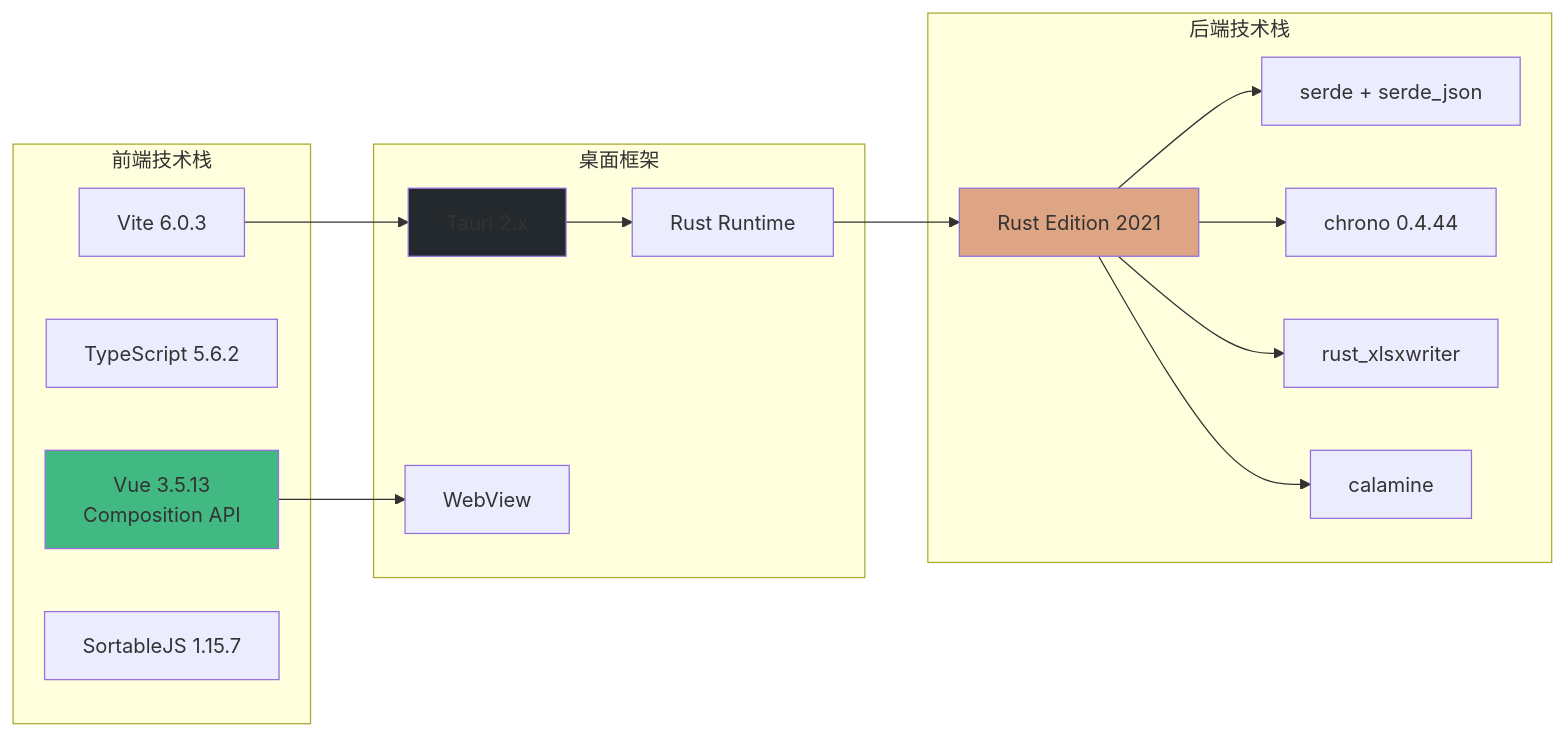
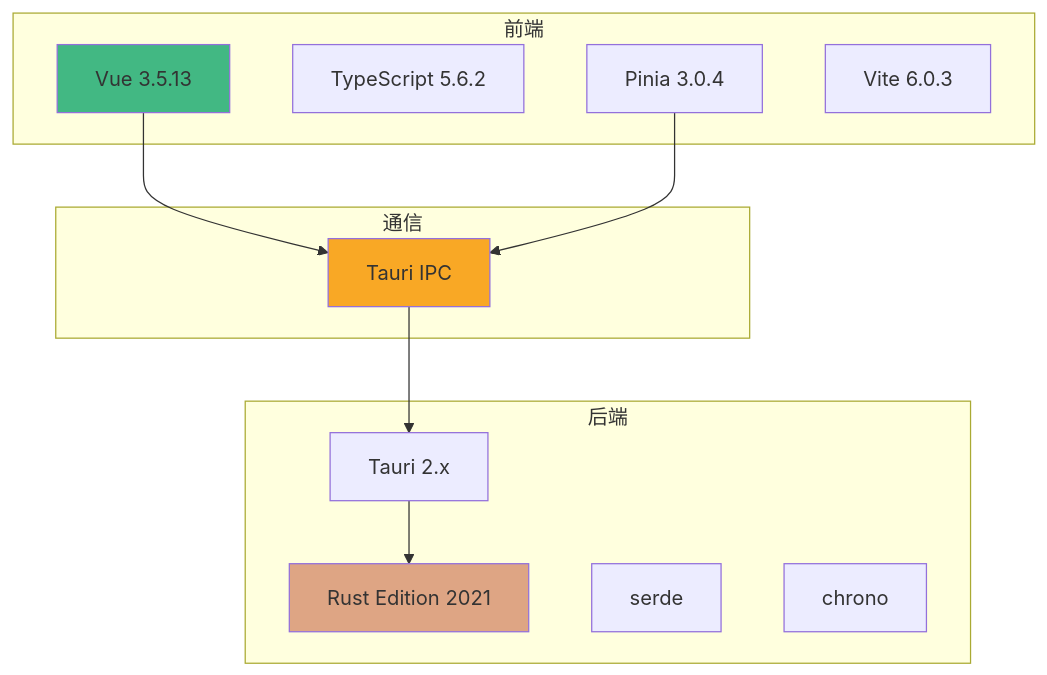
Before and after one commit to hemy08/LingJingToDo: the fourth of 6 diagrams in README.md, drawn with Mermaid. The commit also changed other lines of this file and 2 other files, not shown here.

````diff
--- a/README.md
+++ b/README.md
@@ -186,37 +199,29 @@
 ```mermaid
-graph LR
-    subgraph "前端技术栈"
-        A1[Vue 3.5.13<br/>Composition API]
-        A2[TypeScript 5.6.2]
-        A3[Vite 6.0.3]
-        A4[SortableJS 1.15.7]
+graph TB
+    subgraph 前端
+        A[Vue 3.5.13]
+        B[TypeScript 5.6.2]
+        C[Pinia 3.0.4]
+        D[Vite 6.0.3]
     end
     
-    subgraph "桌面框架"
-        B1[Tauri 2.x]
-        B2[WebView]
-        B3[Rust Runtime]
+    subgraph 后端
+        E[Rust Edition 2021]
+        F[Tauri 2.x]
+        G[serde]
+        H[chrono]
     end
     
-    subgraph "后端技术栈"
-        C1[Rust Edition 2021]
-        C2[serde + serde_json]
-        C3[chrono 0.4.44]
-        C4[rust_xlsxwriter]
-        C5[calamine]
+    subgraph 通信
+        I[Tauri IPC]
     end
     
-    A1 --> B2
-    A3 --> B1
-    B1 --> B3
-    B3 --> C1
+    A --> I
+    C --> I
+    I --> F
+    F --> E
     
-    C1 --> C2
-    C1 --> C3
-    C1 --> C4
-    C1 --> C5
-    
-    style A1 fill:#42b883
-    style B1 fill:#24292e
-    style C1 fill:#dea584
+    style A fill:#42b883
+    style E fill:#dea584
+    style I fill:#f9a825
 ```
````
